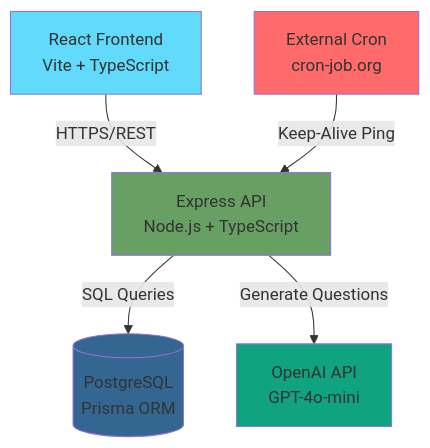
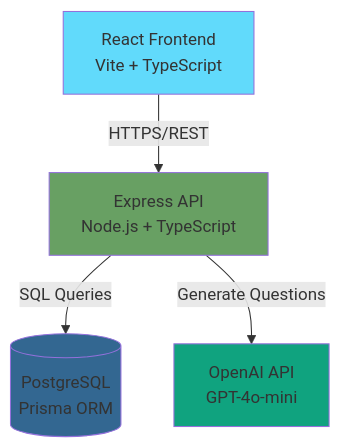
Before and after one commit to kehinde-durodola/examgen: the diagram in README.md, drawn with Mermaid. The commit also changed other lines of this file and 7 other files, not shown here.

````diff
--- a/README.md
+++ b/README.md
@@ -29,19 +29,16 @@
 ```mermaid
 graph TB
     Client[React Frontend<br/>Vite + TypeScript]
     API[Express API<br/>Node.js + TypeScript]
     DB[(PostgreSQL<br/>Prisma ORM)]
     OpenAI[OpenAI API<br/>GPT-4o-mini]
-    Cron[External Cron<br/>cron-job.org]
 
     Client -->|HTTPS/REST| API
     API -->|SQL Queries| DB
     API -->|Generate Questions| OpenAI
-    Cron -->|Keep-Alive Ping| API
 
     style Client fill:#61dafb
     style API fill:#68a063
     style DB fill:#336791
     style OpenAI fill:#10a37f
-    style Cron fill:#ff6b6b
 ```
````
